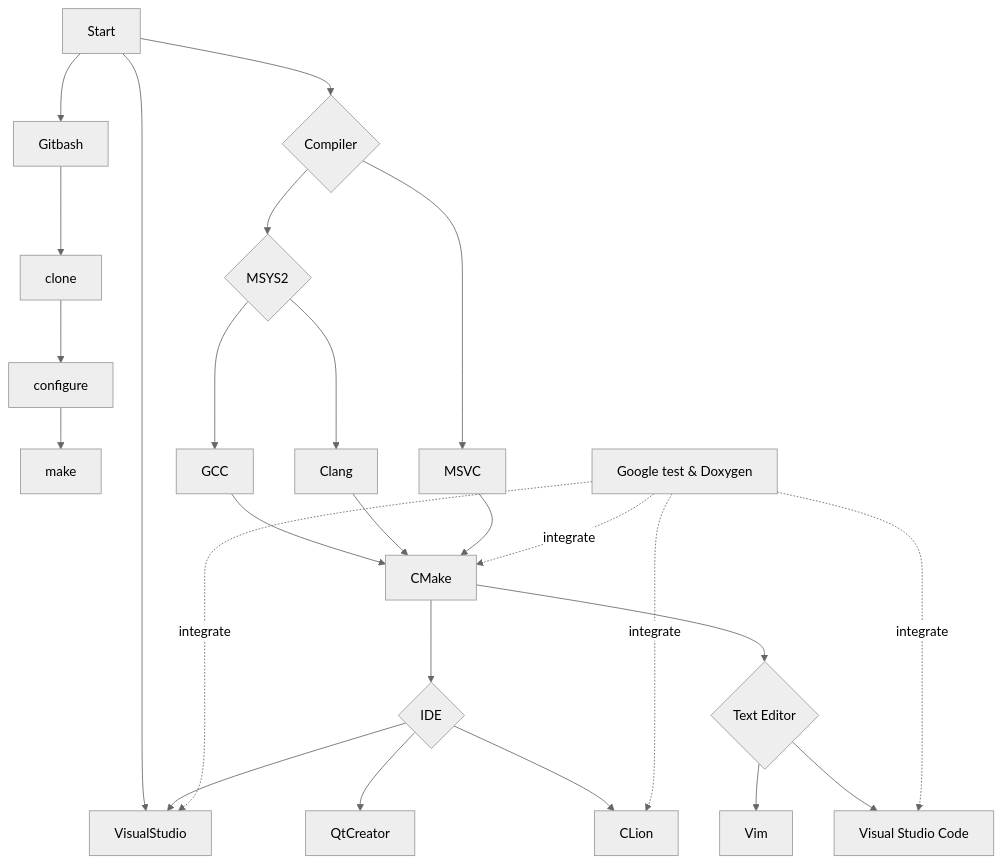
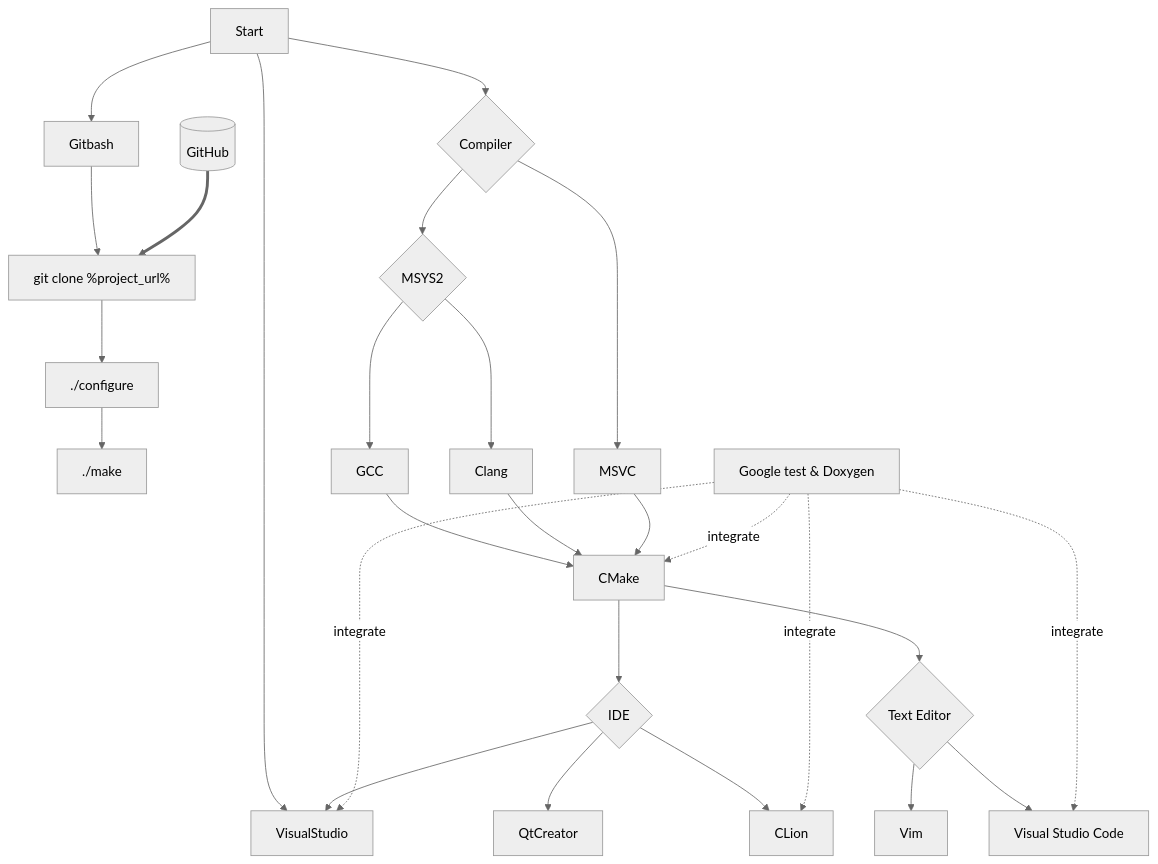
One commit to Mr-Tome/cpp-config-ini changed the diagram in README.md. Above: the diagram before and after it, drawn with Mermaid (neutral theme).

Commit message:
Incremental update to flowchart

````diff
--- a/README.md
+++ b/README.md
@@ -6,32 +6,34 @@
 ```mermaid
 flowchart TD
 A[Start]
 A-->Gitbash
-Gitbash-->clone
-clone-->configure-->make
+Gitbash-->clone["git clone %project_url%"]
+clone-->configure["./configure"]-->make["./make"]
+
+ GitHub[(GitHub)]==>clone
     A-->Compiler{Compiler}
     A-->VisualStudio
     Compiler-->MSYS2{MSYS2}
     MSYS2--->GCC
     MSYS2--->Clang
     Compiler-->MSVC
 
     GCC-->CMake
     Clang-->CMake
     MSVC-->CMake
 
     CMake-->IDE{IDE}
     IDE-->VisualStudio
     IDE-->QtCreator
     IDE-->CLion
 
     CMake-->Editor{Text Editor}
     Editor-->Vim
     Editor-->VSCode[Visual Studio Code]
     
     GTest[Google test & Doxygen]-. integrate .->VisualStudio
     GTest[Google test & Doxygen]-. integrate .->VSCode
     GTest[Google test & Doxygen]-. integrate .->CLion
     GTest[Google test & Doxygen]-. integrate .->CMake
 
 ```
````
